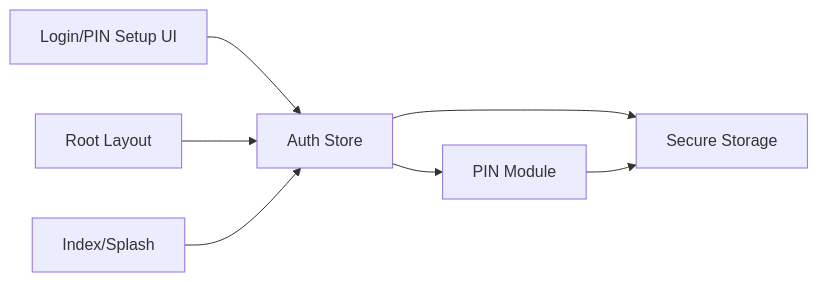
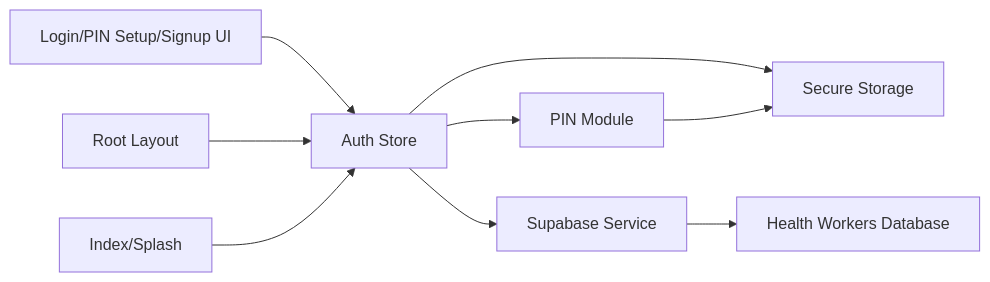
One commit to AdeelTahir-SE/DermSight changed the seventh of 7 diagrams in .qoder/repowiki/en/content/Authentication System/Authentication System.md. Above: the diagram before and after it, drawn with Mermaid. The commit also changed other lines of this file and 43 other files, not shown here.

````diff
--- a/.qoder/repowiki/en/content/Authentication System/Authentication System.md
+++ b/.qoder/repowiki/en/content/Authentication System/Authentication System.md
@@ -382,9 +515,11 @@
 ```mermaid
 graph LR
-UI["Login/PIN Setup UI"] --> Store["Auth Store"]
+UI["Login/PIN Setup/Signup UI"] --> Store["Auth Store"]
 Store --> PIN["PIN Module"]
 Store --> SEC["Secure Storage"]
+Store --> SUP["Supabase Service"]
 PIN --> SEC
+SUP --> DB["Health Workers Database"]
 Root["Root Layout"] --> Store
 Index["Index/Splash"] --> Store
 ```
````
